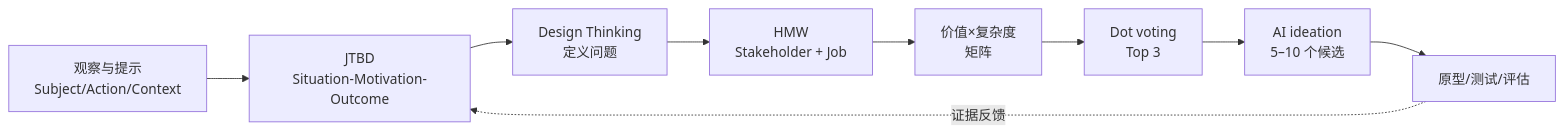
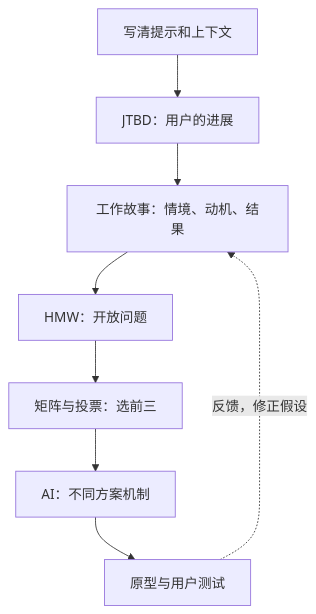
One commit to CercaTrovato/cityu-ai-course-notes changed the seventh of 7 diagrams in IS5542_GenAI_in_Business/notes/M04-设计思维-业务机会识别与AI创意工作坊.md. Above: the diagram before and after it, drawn with Mermaid. The commit also changed other lines of this file and 11 other files, not shown here.

````diff
--- a/IS5542_GenAI_in_Business/notes/M04-设计思维-业务机会识别与AI创意工作坊.md
+++ b/IS5542_GenAI_in_Business/notes/M04-设计思维-业务机会识别与AI创意工作坊.md
@@ -389,18 +880,10 @@
 ```mermaid
-flowchart LR
-  A[观察与提示
-Subject/Action/Context] --> B[JTBD
-Situation-Motivation-Outcome]
-  B --> C[Design Thinking
-定义问题]
-  C --> D[HMW
-Stakeholder + Job]
-  D --> E[价值×复杂度
-矩阵]
-  E --> F[Dot voting
-Top 3]
-  F --> G[AI ideation
-5–10 个候选]
-  G --> H[原型/测试/评估]
-  H -.证据反馈.-> B
+flowchart TD
+ A[写清提示和上下文] --> B[JTBD：用户的进展]
+ B --> C[工作故事：情境、动机、结果]
+ C --> D[HMW：开放问题]
+ D --> E[矩阵与投票：选前三]
+ E --> F[AI：不同方案机制]
+ F --> G[原型与用户测试]
+ G -.反馈，修正假设.-> C
 ```
````
